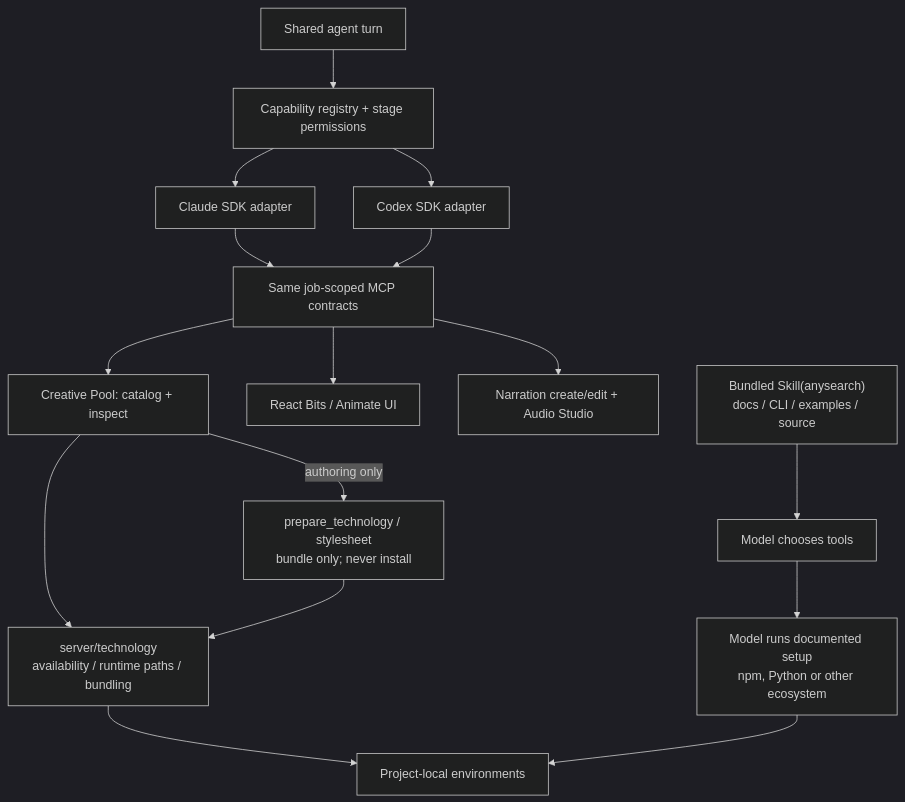
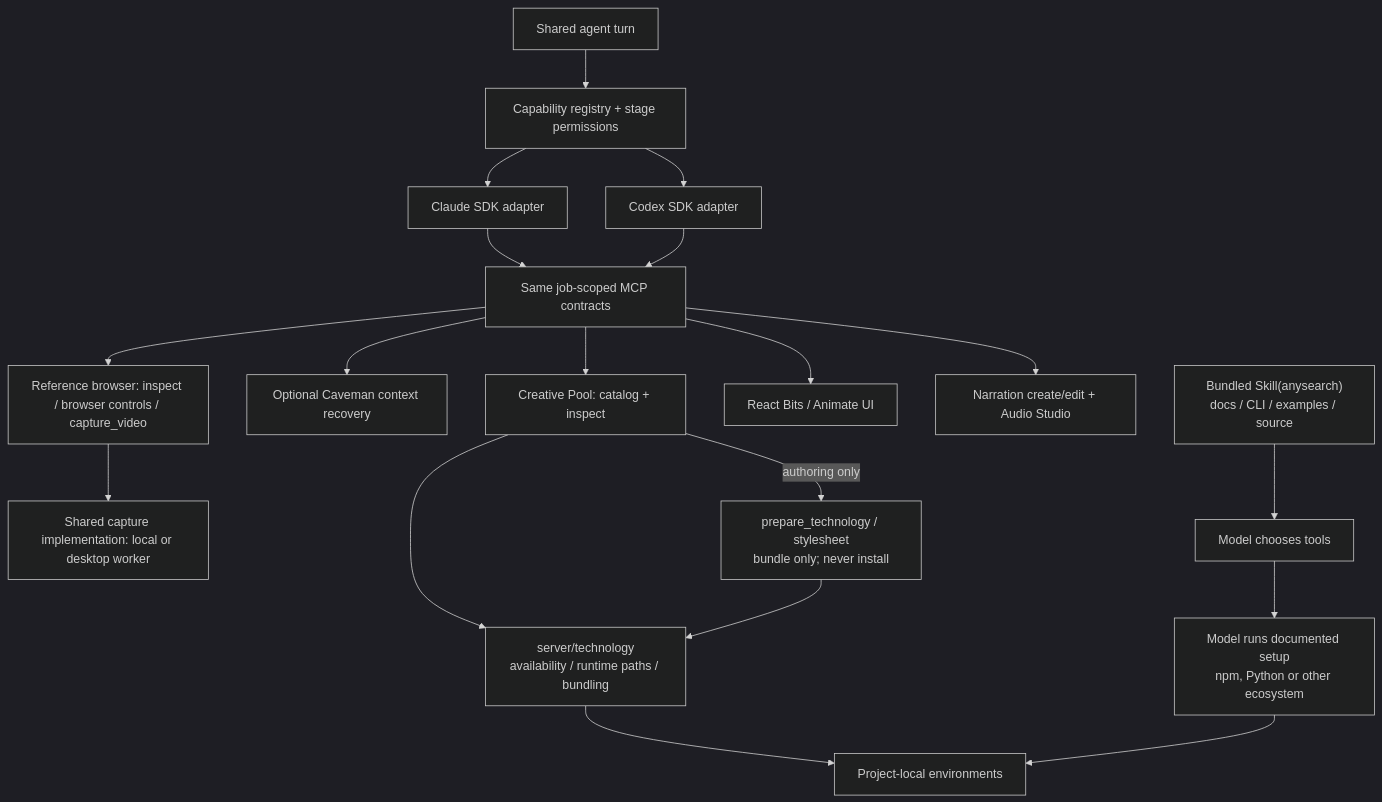
The diagram in src/server/agents/capabilities/README.md (delexw/kiteva), drawn with Mermaid (dark theme) before and after one commit. The commit also changed other lines of this file and 155 other files, not shown here.

````diff
--- a/src/server/agents/capabilities/README.md
+++ b/src/server/agents/capabilities/README.md
@@ -21,18 +23,21 @@
 ```mermaid
 flowchart TB
   Turn["Shared agent turn"] --> Registry["Capability registry + stage permissions"]
   Registry --> Claude["Claude SDK adapter"]
   Registry --> Codex["Codex SDK adapter"]
   Claude --> MCP["Same job-scoped MCP contracts"]
   Codex --> MCP
+  MCP --> Browser["Reference browser: inspect / browser controls / capture_video"]
+  Browser --> Capture["Shared capture implementation: local or desktop worker"]
+  MCP --> Recovery["Optional Caveman context recovery"]
   MCP --> Pool["Creative Pool: catalog + inspect"]
   MCP --> Components["React Bits / Animate UI"]
   MCP --> Narration["Narration create/edit + Audio Studio"]
   Pool --> Services["server/technology<br/>availability / runtime paths / bundling"]
   Services --> Runtime["Project-local environments"]
   Model["Model chooses tools"] --> Setup["Model runs documented setup<br/>npm, Python or other ecosystem"]
   Setup --> Runtime
   Pool -- "authoring only" --> Prepare["prepare_technology / stylesheet<br/>bundle only; never install"]
   Prepare --> Services
   Research["Bundled Skill(anysearch)<br/>docs / CLI / examples / source"] --> Model
 ```
````
